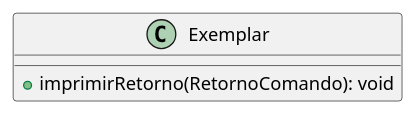
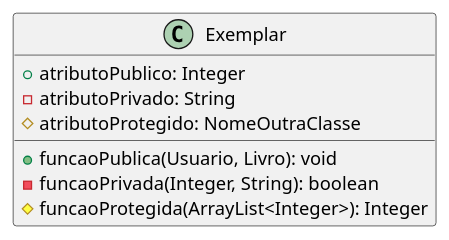
The diagram in diagrama de classes/src puml/src/geral/Exemplar.puml (angelofelipe/library-system-OOP), drawn with PlantUML before and after one commit. The commit also changed 24 other files, not shown here.

Commit message:
edita diagrama na pasta usuario

```diff
--- a/diagrama de classes/src puml/src/geral/Exemplar.puml
+++ b/diagrama de classes/src puml/src/geral/Exemplar.puml
@@ -1,8 +1,13 @@
 @startuml
 
-class Exemplar  {
+class Exemplar {
+    + atributoPublico: Integer
+    - atributoPrivado: String
+    # atributoProtegido: NomeOutraClasse
 
-    + imprimirRetorno(RetornoComando): void
+    + funcaoPublica(Usuario, Livro): void
+    - funcaoPrivada(Integer, String): boolean
+    # funcaoProtegida(ArrayList<Integer>): Integer
 }
 
 @enduml
```
